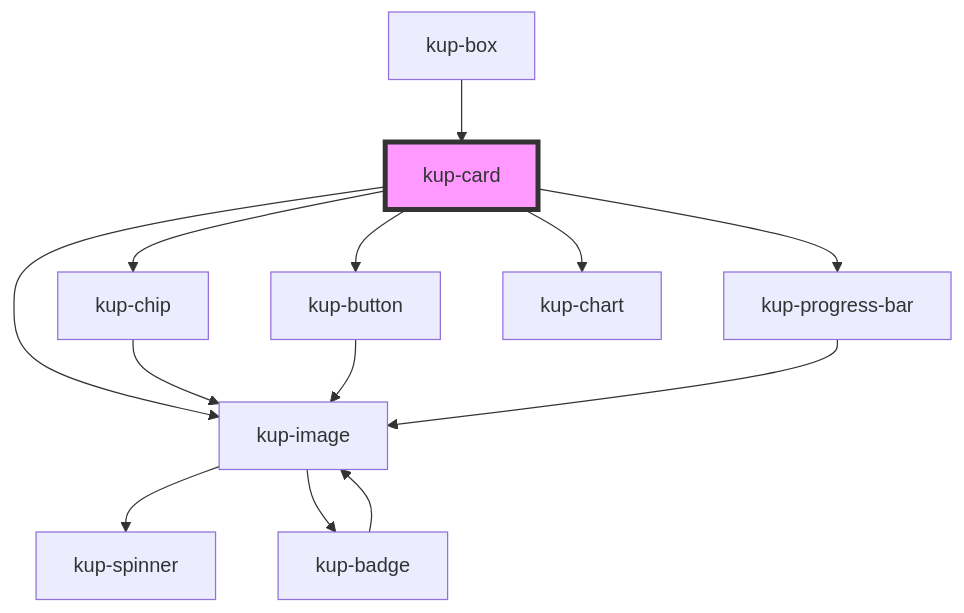
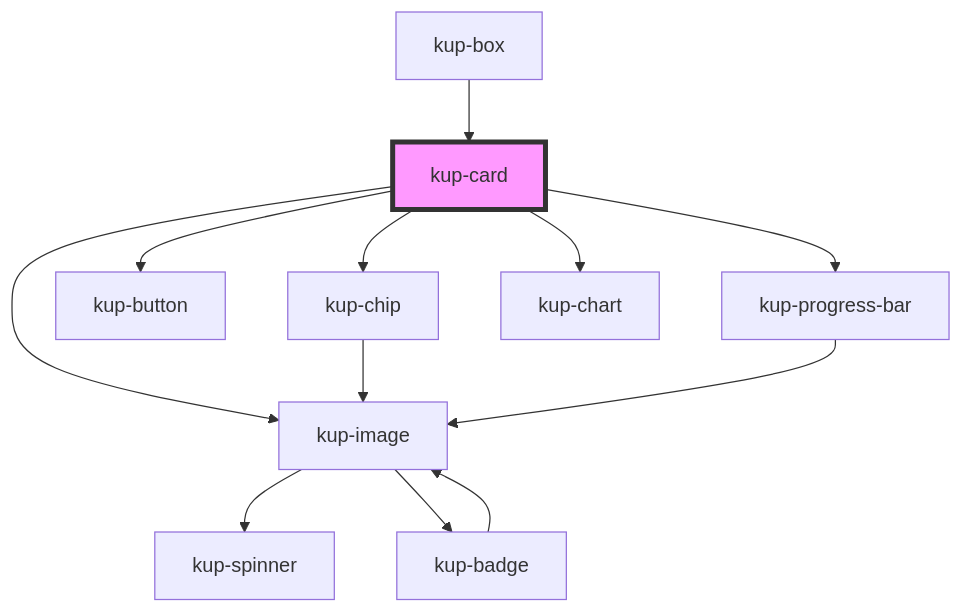
Before and after one commit to smeup/ketchup: the diagram in packages/ketchup/src/components/kup-card/readme.md, drawn with Mermaid. The commit also changed 17 other files, not shown here.

Commit message:
Removed kup-image from kup-button.

````diff
--- a/packages/ketchup/src/components/kup-card/readme.md
+++ b/packages/ketchup/src/components/kup-card/readme.md
@@ -56,16 +56,15 @@
 ```mermaid
 graph TD;
   kup-card --> kup-image
   kup-card --> kup-chip
   kup-card --> kup-button
   kup-card --> kup-progress-bar
   kup-card --> kup-chart
   kup-image --> kup-spinner
   kup-image --> kup-badge
   kup-badge --> kup-image
   kup-chip --> kup-image
-  kup-button --> kup-image
   kup-progress-bar --> kup-image
   kup-box --> kup-card
   style kup-card fill:#f9f,stroke:#333,stroke-width:4px
 ```
````
